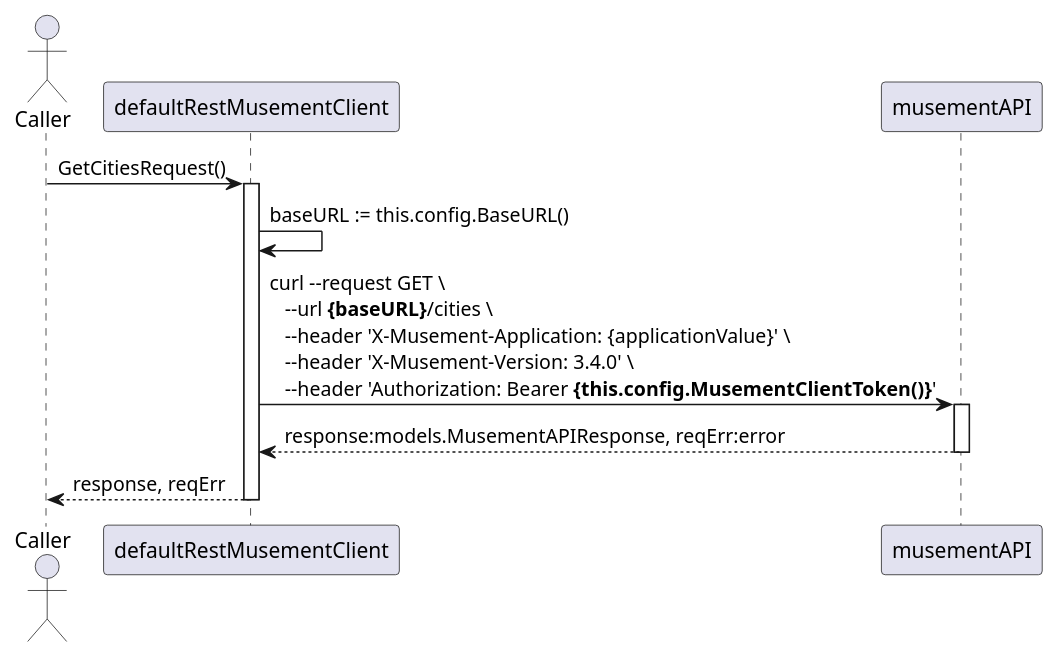
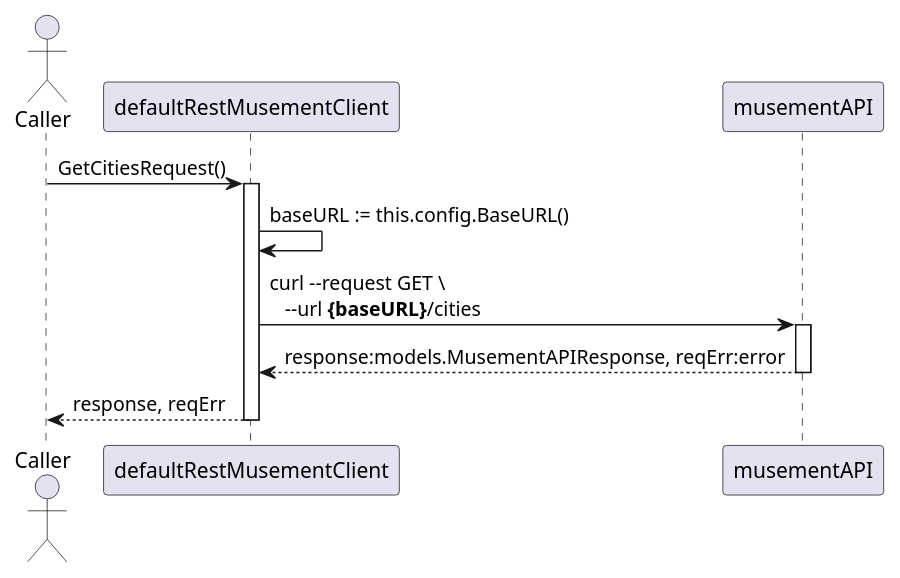
The diagram in docs/usecases/getforecastforcities/providers/musementapi/client/default_rest_musement_client_seq.puml (micoyeye22/TUITechHomework), drawn with PlantUML before and after one commit. The commit also changed 16 other files, not shown here.

```diff
--- a/docs/usecases/getforecastforcities/providers/musementapi/client/default_rest_musement_client_seq.puml
+++ b/docs/usecases/getforecastforcities/providers/musementapi/client/default_rest_musement_client_seq.puml
@@ -1,17 +1,14 @@
 @startuml
 
 actor Caller as C
 participant defaultRestMusementClient as RC
 participant musementAPI as A
 
 C -> RC ++: GetCitiesRequest()
     RC -> RC: baseURL := this.config.BaseURL()\
 
     RC -> A ++:curl --request GET \\ \
-                 \n   --url **{baseURL}**/cities \\ \
-                 \n   --header 'X-Musement-Application: {applicationValue}' \\ \
-                 \n   --header 'X-Musement-Version: 3.4.0' \\ \
-                 \n   --header 'Authorization: Bearer **{this.config.MusementClientToken()}**'
+                 \n   --url **{baseURL}**/cities
     return response:models.MusementAPIResponse, reqErr:error
 return response, reqErr
 @enduml
```
